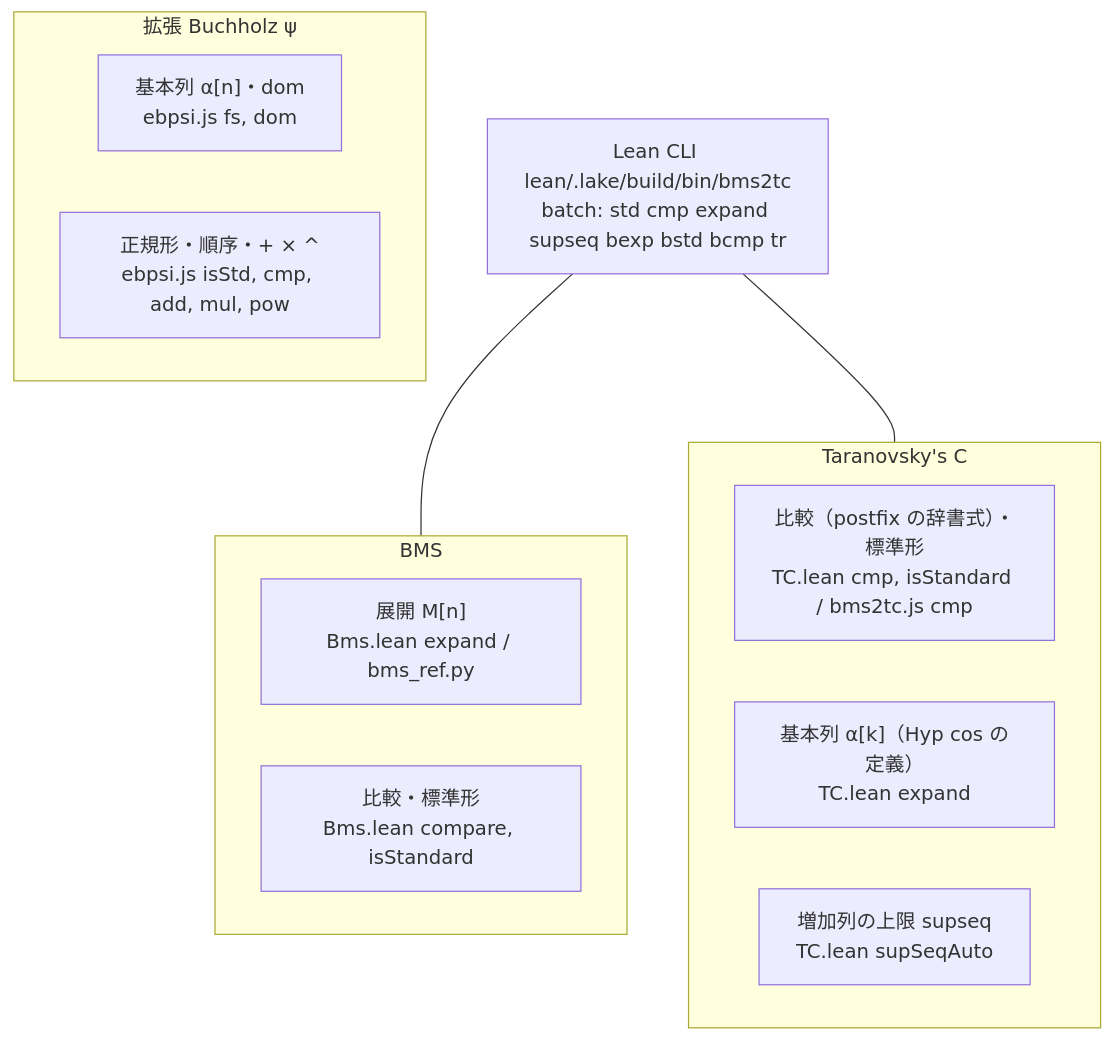
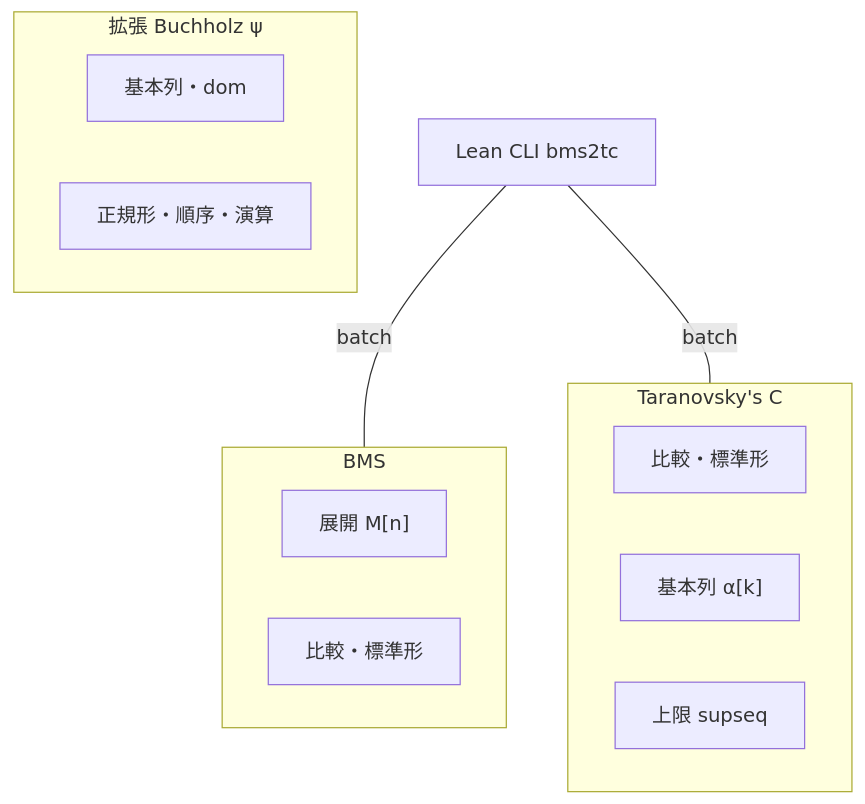
Before and after one commit to koteitan/bms-vs-taranovskys-c: the second of 4 diagrams in tools/README.md, drawn with Mermaid. The commit also changed other lines of this file, not shown here.

First line of the commit message:
Make tools/README.md diagrams readable

````diff
--- a/tools/README.md
+++ b/tools/README.md
@@ -37,19 +62,19 @@
 ```mermaid
 flowchart TB
   subgraph BMSops["BMS"]
-    bexp["展開 M[n]<br/>Bms.lean expand / bms_ref.py"]
-    bcmp["比較・標準形<br/>Bms.lean compare, isStandard"]
+    bexp["展開 M[n]"]
+    bcmp["比較・標準形"]
   end
   subgraph TCops["Taranovsky's C"]
-    tcmp["比較（postfix の辞書式）・標準形<br/>TC.lean cmp, isStandard / bms2tc.js cmp"]
-    texp["基本列 α[k]（Hyp cos の定義）<br/>TC.lean expand"]
-    tsup["増加列の上限 supseq<br/>TC.lean supSeqAuto"]
+    tcmp["比較・標準形"]
+    texp["基本列 α[k]"]
+    tsup["上限 supseq"]
   end
   subgraph EBPops["拡張 Buchholz ψ"]
-    efs["基本列 α[n]・dom<br/>ebpsi.js fs, dom"]
-    ear["正規形・順序・+ × ^<br/>ebpsi.js isStd, cmp, add, mul, pow"]
+    efs["基本列・dom"]
+    ear["正規形・順序・演算"]
   end
-  CLI["Lean CLI lean/.lake/build/bin/bms2tc<br/>batch: std cmp expand supseq bexp bstd bcmp tr"]
-  CLI --- BMSops
-  CLI --- TCops
+  CLI["Lean CLI bms2tc"]
+  CLI ---|"batch"| BMSops
+  CLI ---|"batch"| TCops
 ```
````
